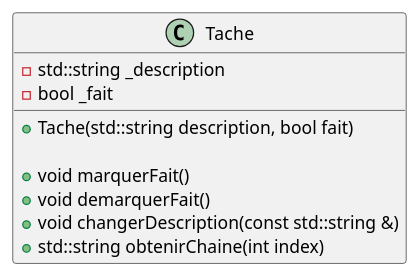
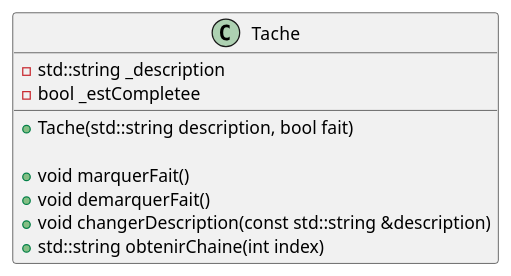
Before and after one commit to plbrault/420-SF2-RE: the fourth of 6 diagrams in laboratoires/lab02-oop1/consignes/lab02.md, drawn with PlantUML. The commit also changed other lines of this file, not shown here.

Commit message:
Change les fait par estCompletee

````diff
--- a/laboratoires/lab02-oop1/consignes/lab02.md
+++ b/laboratoires/lab02-oop1/consignes/lab02.md
@@ -477,15 +476,15 @@
 ```plantuml
 @startuml
 class Tache {
     - std::string _description
-    - bool _fait
+    - bool _estCompletee
 
     + Tache(std::string description, bool fait)
 
     + void marquerFait()
     + void demarquerFait()
-    + void changerDescription(const std::string &)
+    + void changerDescription(const std::string &description)
     + std::string obtenirChaine(int index)
 }
 @enduml
 ```
````
